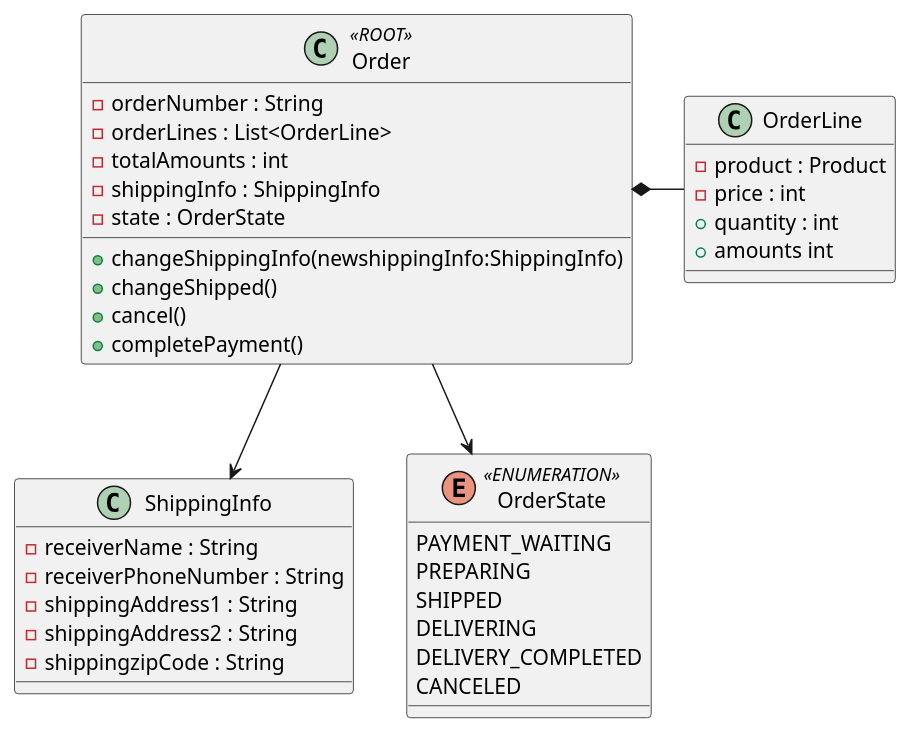
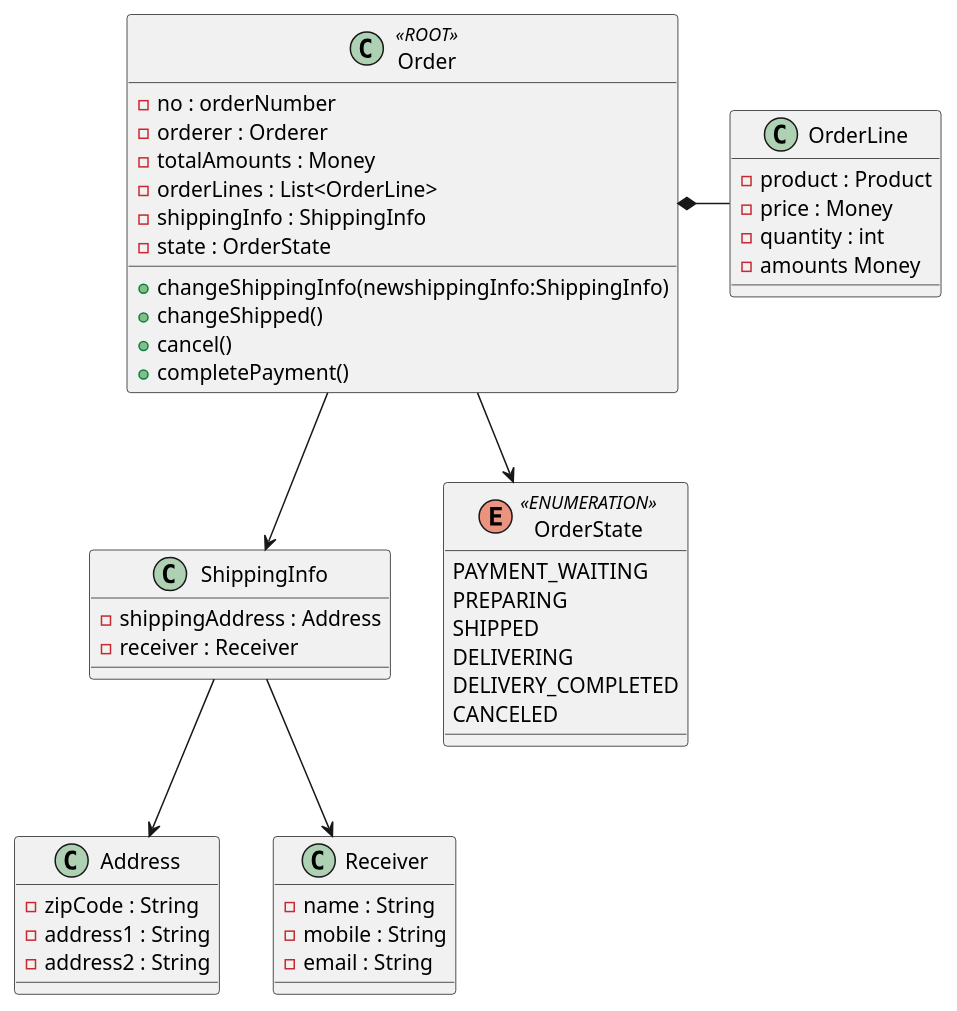
Before and after one commit to keinen-lab/ddd-test: the diagram in src/main/java/com/keinen/ddd/Order/Order.puml, drawn with PlantUML.

Commit message:
modify uml diagram
modify uml diagram

```diff
--- a/src/main/java/com/keinen/ddd/Order/Order.puml
+++ b/src/main/java/com/keinen/ddd/Order/Order.puml
@@ -1,44 +1,56 @@
 @startuml
 ' class
 
 class Order <<ROOT>>{
-    - orderNumber : String
+    - no : orderNumber
+    - orderer : Orderer
+    - totalAmounts : Money
     - orderLines : List<OrderLine>
-    - totalAmounts : int
     - shippingInfo : ShippingInfo
     - state : OrderState
     + changeShippingInfo(newshippingInfo:ShippingInfo)
     + changeShipped()
     + cancel()
     + completePayment()
 }
 
 class OrderLine {
     - product : Product
-    - price : int
-    + quantity : int
-    + amounts int
+    - price : Money
+    - quantity : int
+    - amounts Money
 }
 
 class ShippingInfo {
-    - receiverName : String
-    - receiverPhoneNumber : String
-    - shippingAddress1 : String
-    - shippingAddress2 : String
-    - shippingzipCode : String
+    - shippingAddress : Address
+    - receiver : Receiver
+}
+
+class Address {
+    - zipCode : String
+    - address1 : String
+    - address2 : String
+}
+
+class Receiver {
+    - name : String
+    - mobile : String
+    - email : String
 }
 
 enum OrderState <<ENUMERATION>> {
     PAYMENT_WAITING
     PREPARING
     SHIPPED
     DELIVERING
     DELIVERY_COMPLETED
     CANCELED
 }
 
 ' class relation
 Order *- OrderLine
 Order --> OrderState
 Order --> ShippingInfo
+ShippingInfo --> Address
+ShippingInfo --> Receiver
 @enduml
```
